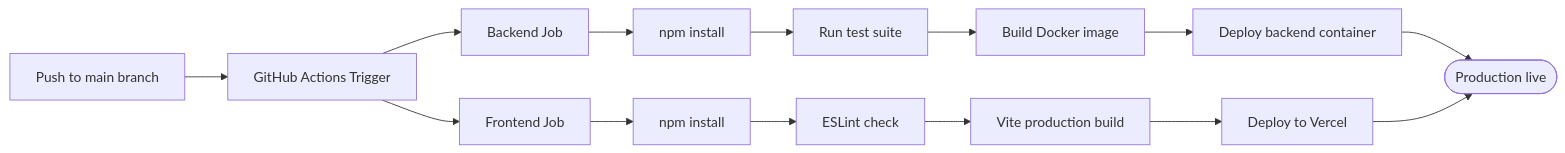
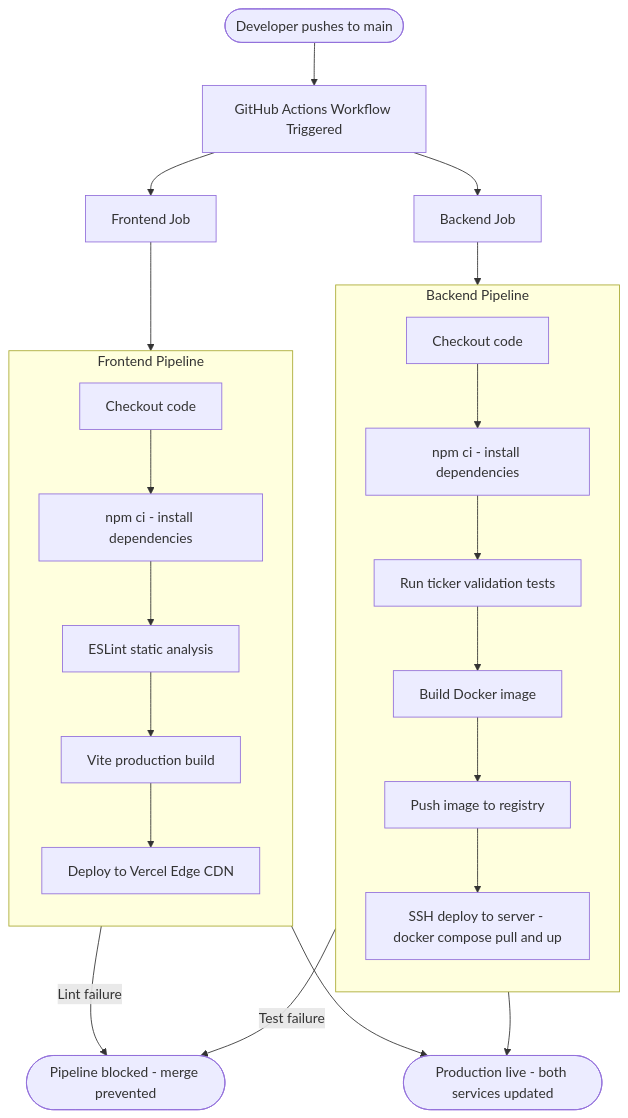
One commit to ALTIQUUM/Vaultlink changed the third of 3 diagrams in README.md. Above: the diagram before and after it, drawn with Mermaid. The commit also changed other lines of this file, not shown here.

First line of the commit message:
Revise architecture and CI/CD diagrams in README

````diff
--- a/README.md
+++ b/README.md
@@ -143,20 +152,38 @@
 ```mermaid
-flowchart LR
-    PUSH[Push to main branch] --> GHA[GitHub Actions Trigger]
+flowchart TD
+    DEV([Developer pushes to main])
+    DEV --> GHA[GitHub Actions Workflow Triggered]
 
     GHA --> BE_JOB[Backend Job]
     GHA --> FE_JOB[Frontend Job]
 
-    BE_JOB --> BE_INSTALL[npm install]
-    BE_INSTALL --> BE_TEST[Run test suite]
-    BE_TEST --> BE_BUILD[Build Docker image]
-    BE_BUILD --> BE_DEPLOY[Deploy backend container]
+    subgraph BE_PIPELINE [Backend Pipeline]
+        direction TB
+        BE1[Checkout code]
+        BE2[npm ci - install dependencies]
+        BE3[Run ticker validation tests]
+        BE4[Build Docker image]
+        BE5[Push image to registry]
+        BE6[SSH deploy to server - docker compose pull and up]
+        BE1 --> BE2 --> BE3 --> BE4 --> BE5 --> BE6
+    end
 
-    FE_JOB --> FE_INSTALL[npm install]
-    FE_INSTALL --> FE_LINT[ESLint check]
-    FE_LINT --> FE_BUILD[Vite production build]
-    FE_BUILD --> FE_VERCEL[Deploy to Vercel]
+    subgraph FE_PIPELINE [Frontend Pipeline]
+        direction TB
+        FE1[Checkout code]
+        FE2[npm ci - install dependencies]
+        FE3[ESLint static analysis]
+        FE4[Vite production build]
+        FE5[Deploy to Vercel Edge CDN]
+        FE1 --> FE2 --> FE3 --> FE4 --> FE5
+    end
 
-    BE_DEPLOY --> DONE([Production live])
-    FE_VERCEL --> DONE
+    BE_JOB --> BE_PIPELINE
+    FE_JOB --> FE_PIPELINE
+
+    BE3 -->|Test failure| FAIL([Pipeline blocked - merge prevented])
+    FE3 -->|Lint failure| FAIL
+
+    BE6 --> LIVE([Production live - both services updated])
+    FE5 --> LIVE
 ```
````
